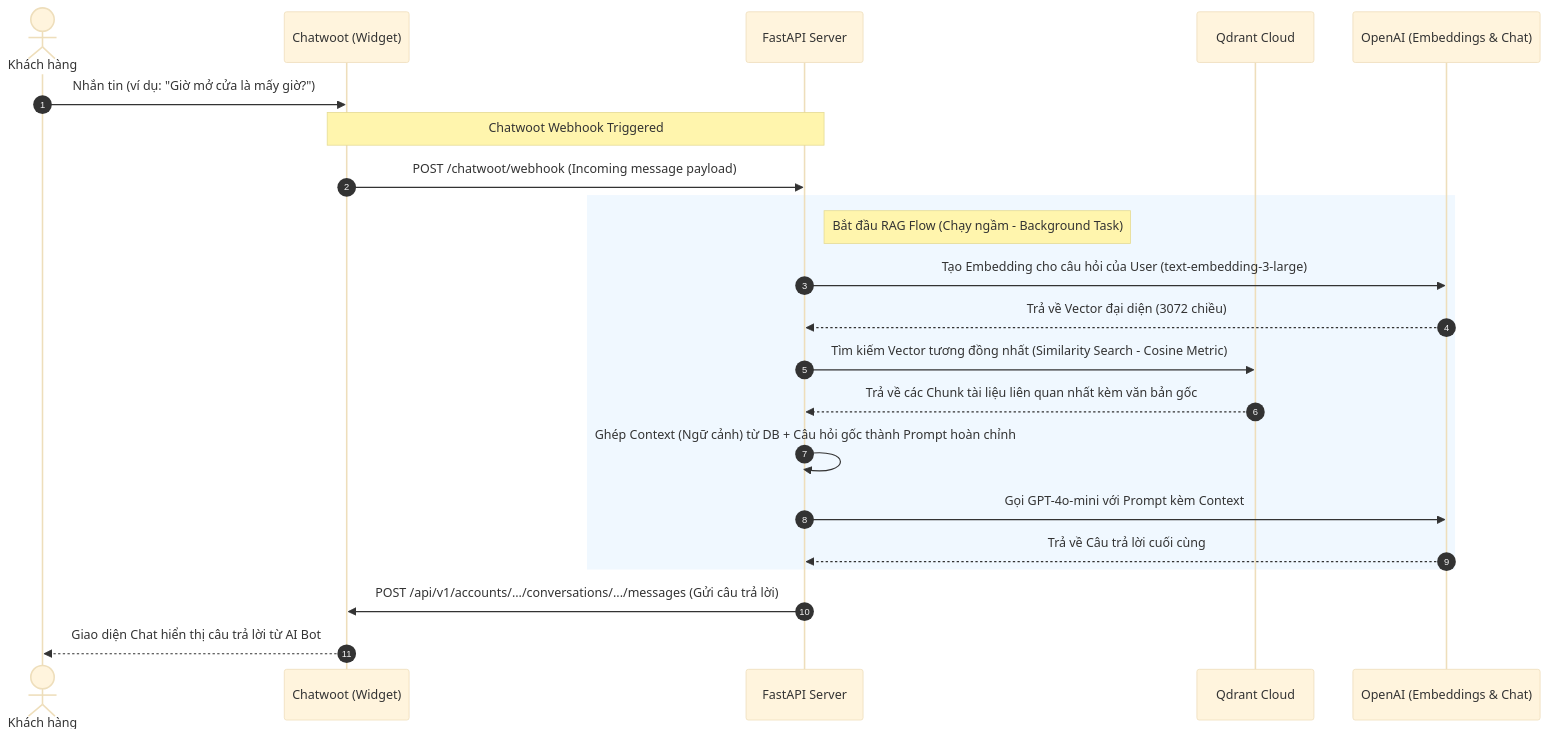
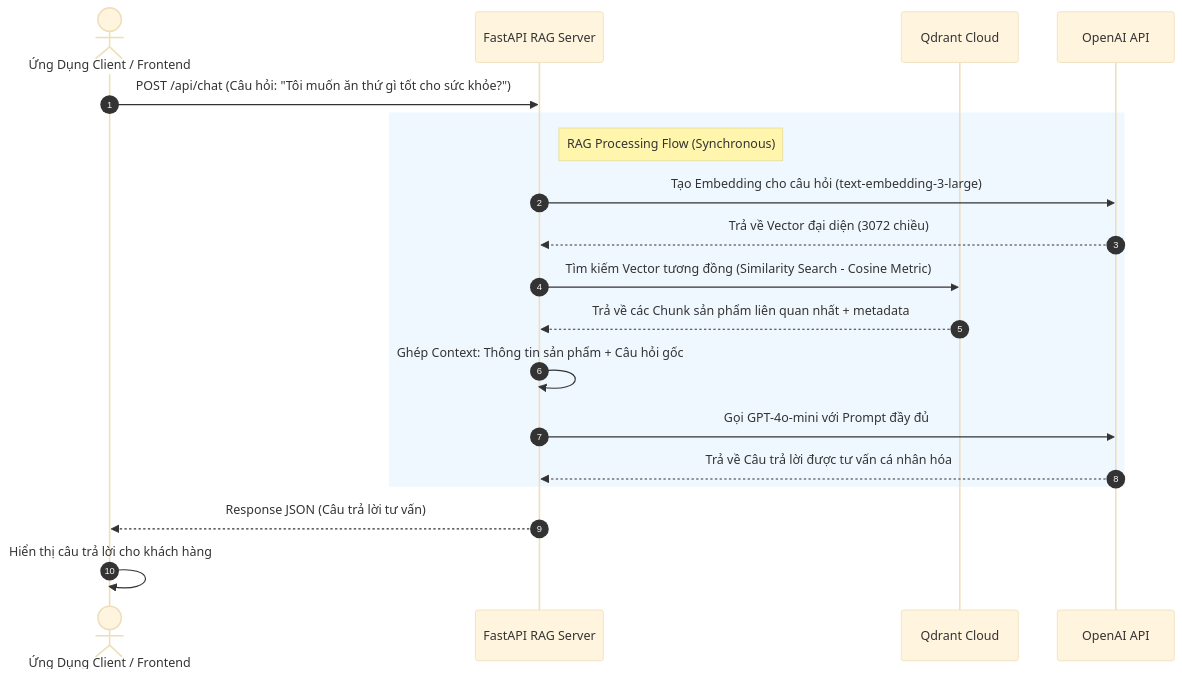
One commit to benf-le/datnK changed the diagram in food-support-rag/README.md. Above: the diagram before and after it, drawn with Mermaid (base theme). The commit also changed other lines of this file and 5 other files, not shown here.

Commit message:
feat: initialize FastAPI RAG system with documentation and product ingestion endpoints

````diff
--- a/food-support-rag/README.md
+++ b/food-support-rag/README.md
@@ -11,27 +11,24 @@
 ```mermaid
 sequenceDiagram
     autonumber
-    actor User as Khách hàng
-    participant CW as Chatwoot (Widget)
-    participant API as FastAPI Server
+    actor User as Ứng Dụng Client / Frontend
+    participant API as FastAPI RAG Server
     participant DB as Qdrant Cloud
-    participant LLM as OpenAI (Embeddings & Chat)
+    participant LLM as OpenAI API
 
-    User->>CW: Nhắn tin (ví dụ: "Giờ mở cửa là mấy giờ?")
-    Note over CW, API: Chatwoot Webhook Triggered
-    CW->>API: POST /chatwoot/webhook (Incoming message payload)
+    User->>API: POST /api/chat (Câu hỏi: "Tôi muốn ăn thứ gì tốt cho sức khỏe?")
     
     rect rgb(240, 248, 255)
-        note right of API: Bắt đầu RAG Flow (Chạy ngầm - Background Task)
-        API->>LLM: Tạo Embedding cho câu hỏi của User (text-embedding-3-large)
+        note right of API: RAG Processing Flow (Synchronous)
+        API->>LLM: Tạo Embedding cho câu hỏi (text-embedding-3-large)
         LLM-->>API: Trả về Vector đại diện (3072 chiều)
-        API->>DB: Tìm kiếm Vector tương đồng nhất (Similarity Search - Cosine Metric)
-        DB-->>API: Trả về các Chunk tài liệu liên quan nhất kèm văn bản gốc
-        API->>API: Ghép Context (Ngữ cảnh) từ DB + Câu hỏi gốc thành Prompt hoàn chỉnh
-        API->>LLM: Gọi GPT-4o-mini với Prompt kèm Context
-        LLM-->>API: Trả về Câu trả lời cuối cùng
+        API->>DB: Tìm kiếm Vector tương đồng (Similarity Search - Cosine Metric)
+        DB-->>API: Trả về các Chunk sản phẩm liên quan nhất + metadata
+        API->>API: Ghép Context: Thông tin sản phẩm + Câu hỏi gốc
+        API->>LLM: Gọi GPT-4o-mini với Prompt đầy đủ
+        LLM-->>API: Trả về Câu trả lời được tư vấn cá nhân hóa
     end
     
-    API->>CW: POST /api/v1/accounts/.../conversations/.../messages (Gửi câu trả lời)
-    CW-->>User: Giao diện Chat hiển thị câu trả lời từ AI Bot
+    API-->>User: Response JSON (Câu trả lời tư vấn)
+    User->>User: Hiển thị câu trả lời cho khách hàng
 ```
````
